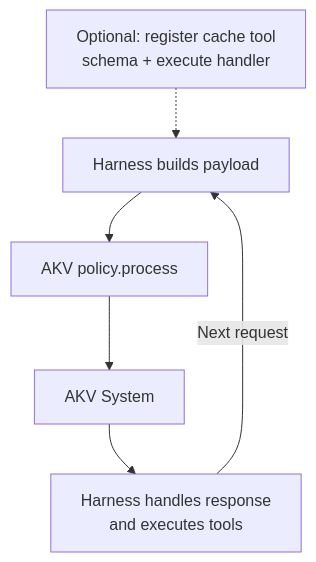
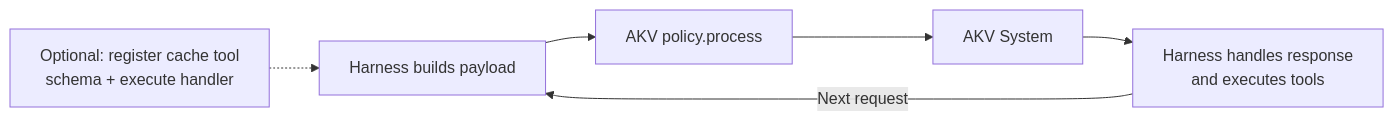
Before and after one commit to TrishamBP/AKV: the diagram in README.md, drawn with Mermaid. The commit also changed other lines of this file, not shown here.

````diff
--- a/README.md
+++ b/README.md
@@ -192,12 +191,12 @@
 ```mermaid
-flowchart TB
+flowchart LR
     register["Optional: register cache tool<br/>schema + execute handler"]
     payload["Harness builds payload"]
     policy["AKV policy.process"]
     system["AKV System"]
     response["Harness handles response<br/>and executes tools"]
 
     register -.-> payload
     payload --> policy --> system --> response
     response -->|Next request| payload
 ```
````
